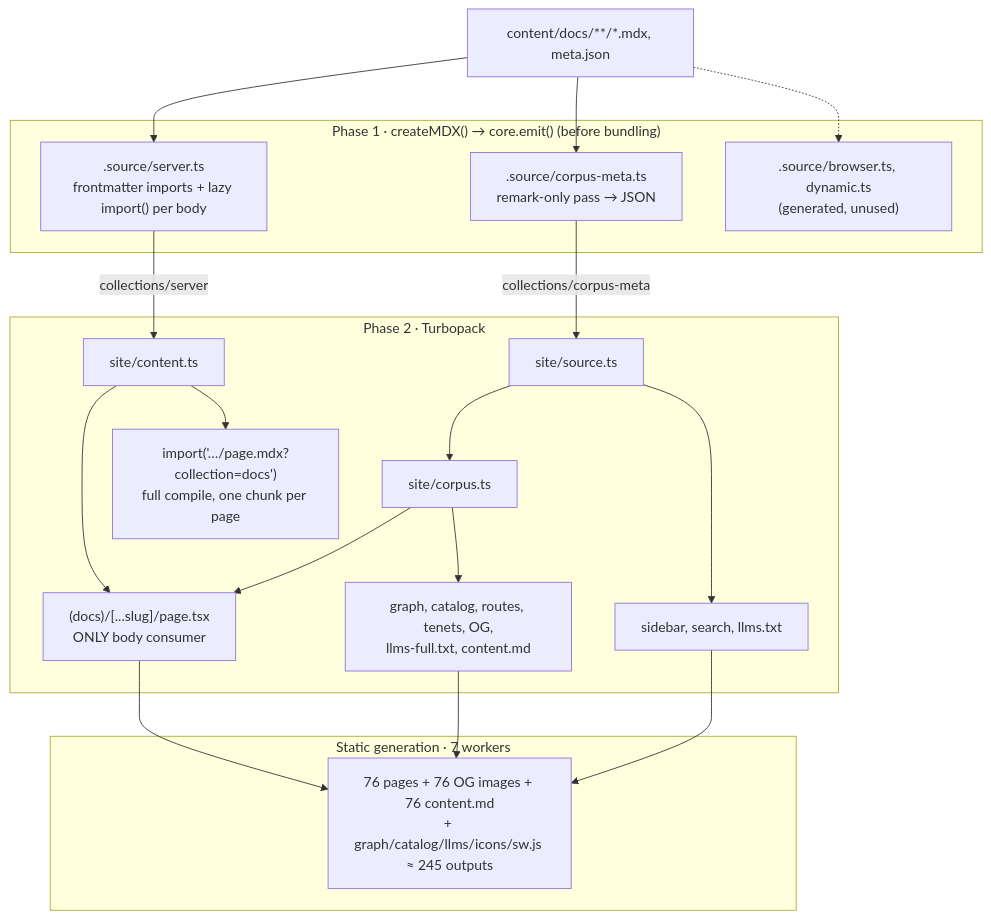
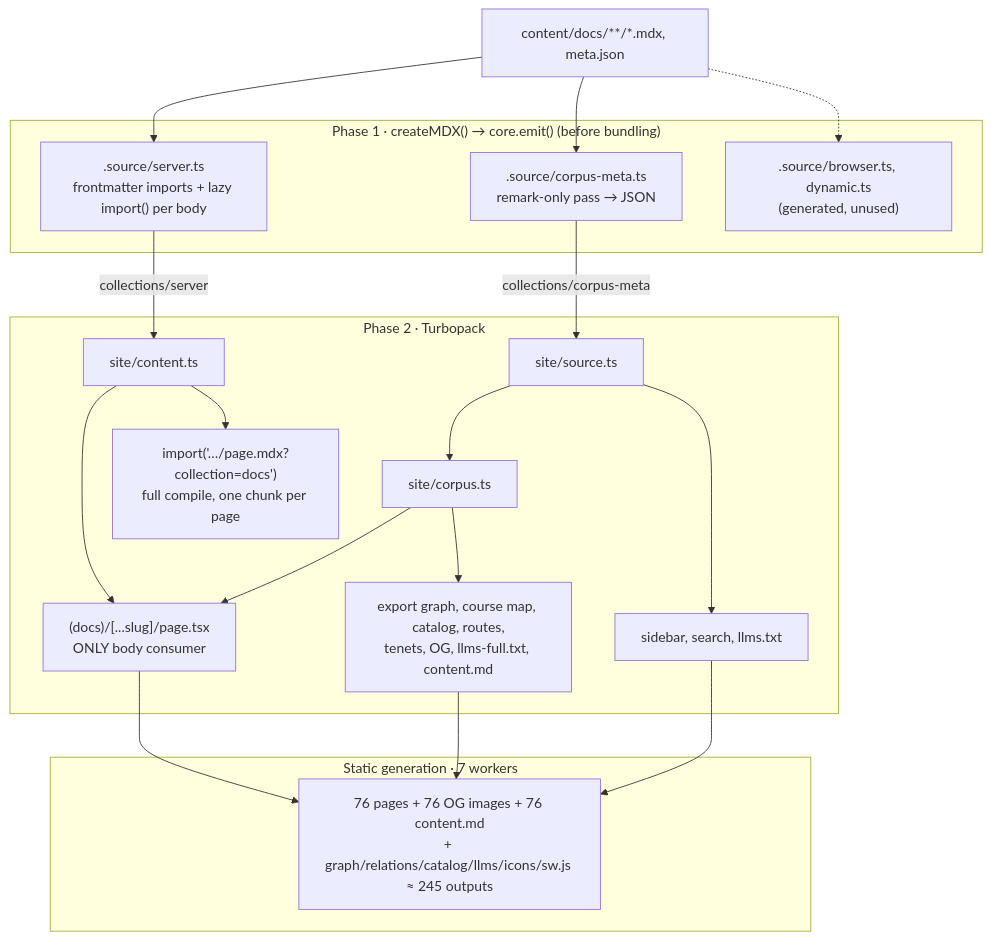
One commit to kevinnhou/MATH1251 changed the diagram in COMPILE.md. Above: the diagram before and after it, drawn with Mermaid. The commit also changed other lines of this file and 4 other files, not shown here.

````diff
--- a/COMPILE.md
+++ b/COMPILE.md
@@ -18,39 +18,39 @@
 ```mermaid
 flowchart TD
     src["content/docs/**/*.mdx, meta.json"]
 
     subgraph P1["Phase 1 · createMDX() → core.emit() (before bundling)"]
         meta[".source/corpus-meta.ts<br/>remark-only pass → JSON"]
         server[".source/server.ts<br/>frontmatter imports + lazy import() per body"]
         unused[".source/browser.ts, dynamic.ts<br/>(generated, unused)"]
     end
 
     subgraph P2["Phase 2 · Turbopack"]
         source["site/source.ts"]
         corpus["site/corpus.ts"]
         content["site/content.ts"]
         chunks["import('…/page.mdx?collection=docs')<br/>full compile, one chunk per page"]
         light["sidebar, search, llms.txt"]
-        derived["graph, catalog, routes, tenets, OG,<br/>llms-full.txt, content.md"]
+        derived["export graph, course map, catalog, routes,<br/>tenets, OG, llms-full.txt, content.md"]
         page["(docs)/[...slug]/page.tsx<br/>ONLY body consumer"]
     end
 
     subgraph P3["Static generation · 7 workers"]
-        out["76 pages + 76 OG images + 76 content.md<br/>+ graph/catalog/llms/icons/sw.js ≈ 245 outputs"]
+        out["76 pages + 76 OG images + 76 content.md<br/>+ graph/relations/catalog/llms/icons/sw.js ≈ 245 outputs"]
     end
 
     src --> meta
     src --> server
     src -.-> unused
     meta -- "collections/corpus-meta" --> source
     source --> corpus
     source --> light
     corpus --> derived
     corpus --> page
     server -- "collections/server" --> content
     content --> page
     content --> chunks
     light --> out
     derived --> out
     page --> out
 ```
````
